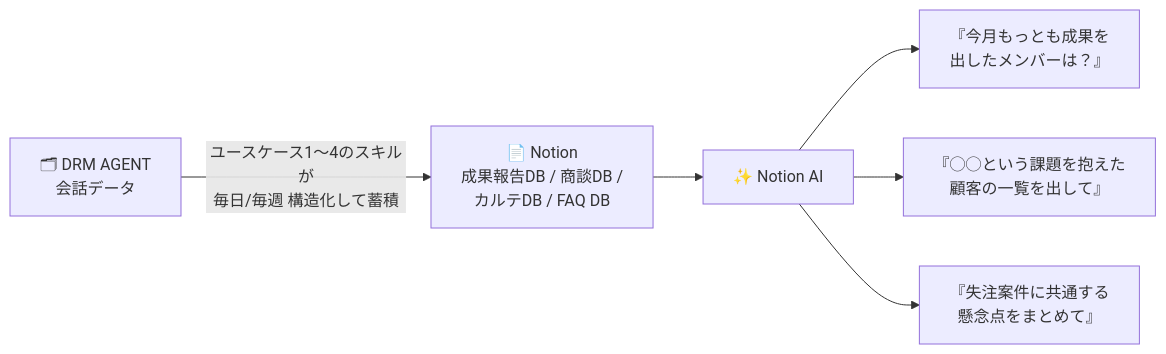
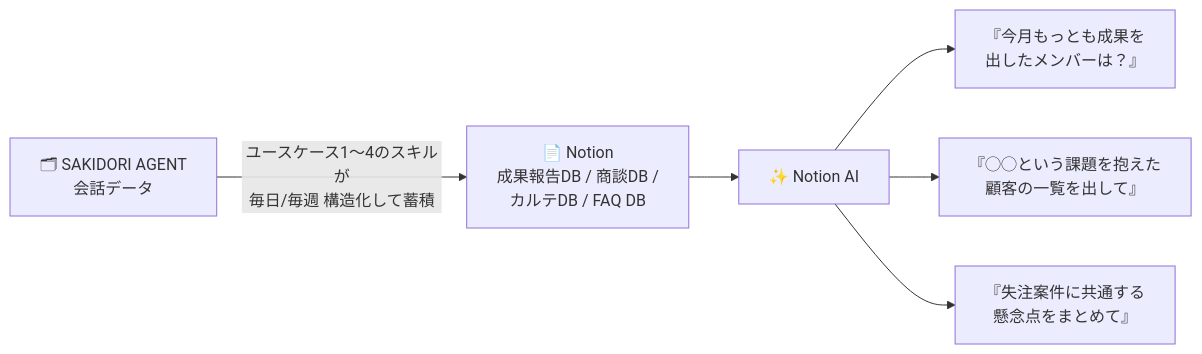
Before and after one commit to line-ec-lea/drm-agent-skills: the fifth of 5 diagrams in examples/notion-usecases.md, drawn with Mermaid. The commit also changed other lines of this file and 11 other files, not shown here.

First line of the commit message:
docs: サービス名を SAKIDORI AGENT に変更する

````diff
--- a/examples/notion-usecases.md
+++ b/examples/notion-usecases.md
@@ -192,8 +192,8 @@
 ```mermaid
 flowchart LR
-    A["🗂 DRM AGENT<br/>会話データ"] -- "ユースケース1〜4のスキルが<br/>毎日/毎週 構造化して蓄積" --> B["📄 Notion<br/>成果報告DB / 商談DB /<br/>カルテDB / FAQ DB"]
+    A["🗂 SAKIDORI AGENT<br/>会話データ"] -- "ユースケース1〜4のスキルが<br/>毎日/毎週 構造化して蓄積" --> B["📄 Notion<br/>成果報告DB / 商談DB /<br/>カルテDB / FAQ DB"]
     B --> C["✨ Notion AI"]
     C --> D1["『今月もっとも成果を<br/>出したメンバーは？』"]
     C --> D2["『◯◯という課題を抱えた<br/>顧客の一覧を出して』"]
     C --> D3["『失注案件に共通する<br/>懸念点をまとめて』"]
 ```
````
